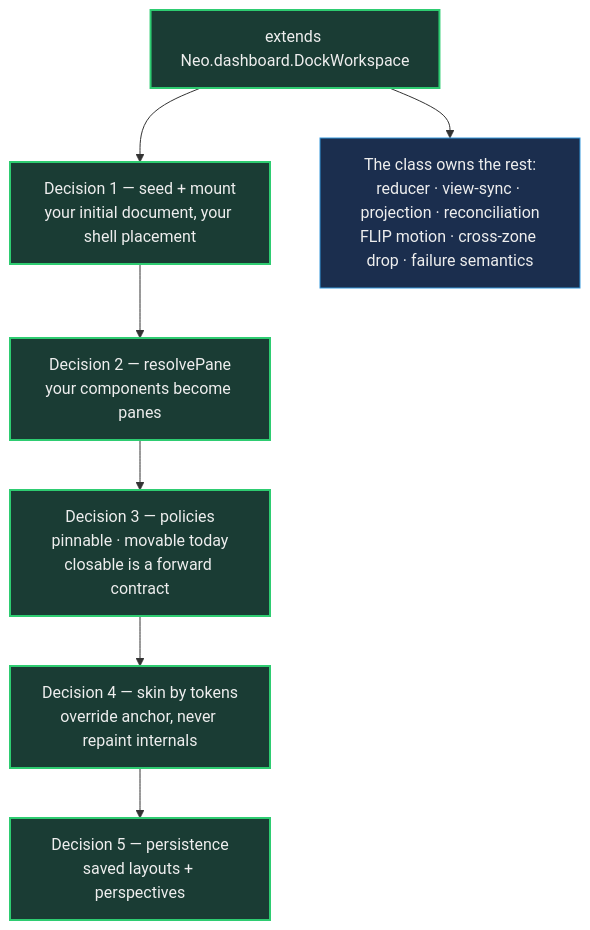
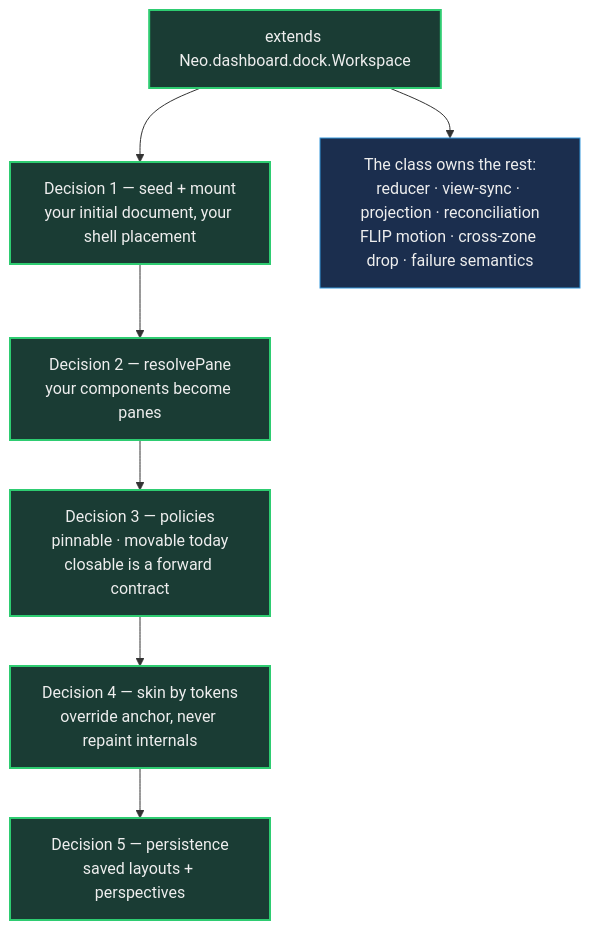
Before and after one commit to neomjs/neo: the diagram in learn/guides/uibuildingblocks/DockLayoutsAdoption.md, drawn with Mermaid. The commit also changed other lines of this file and 117 other files, not shown here.

Commit message:
refactor(dashboard): move DockLayouts into the dock domain package (#17837)

````diff
--- a/learn/guides/uibuildingblocks/DockLayoutsAdoption.md
+++ b/learn/guides/uibuildingblocks/DockLayoutsAdoption.md
@@ -19,17 +19,17 @@
 ```mermaid
 flowchart TD
     classDef yours fill:#1a3c34,stroke:#2ecc71,stroke-width:2px,color:#eee
     classDef engine fill:#1b2e4e,stroke:#3498db,stroke-width:1px,color:#eee
 
-    Extend["extends Neo.dashboard.DockWorkspace"]:::yours
+    Extend["extends Neo.dashboard.dock.Workspace"]:::yours
     Seed["Decision 1 — seed + mount<br/>your initial document, your shell placement"]:::yours
     Panes["Decision 2 — resolvePane<br/>your components become panes"]:::yours
     Policy["Decision 3 — policies<br/>pinnable · movable today<br/>closable is a forward contract"]:::yours
     Skin["Decision 4 — skin by tokens<br/>override anchor, never repaint internals"]:::yours
     Persist["Decision 5 — persistence<br/>saved layouts + perspectives"]:::yours
 
     EngineOwns["The class owns the rest:<br/>reducer · view-sync · projection · reconciliation<br/>FLIP motion · cross-zone drop · failure semantics"]:::engine
 
     Extend --> Seed --> Panes --> Policy --> Skin --> Persist
     Extend --> EngineOwns
 ```
````
